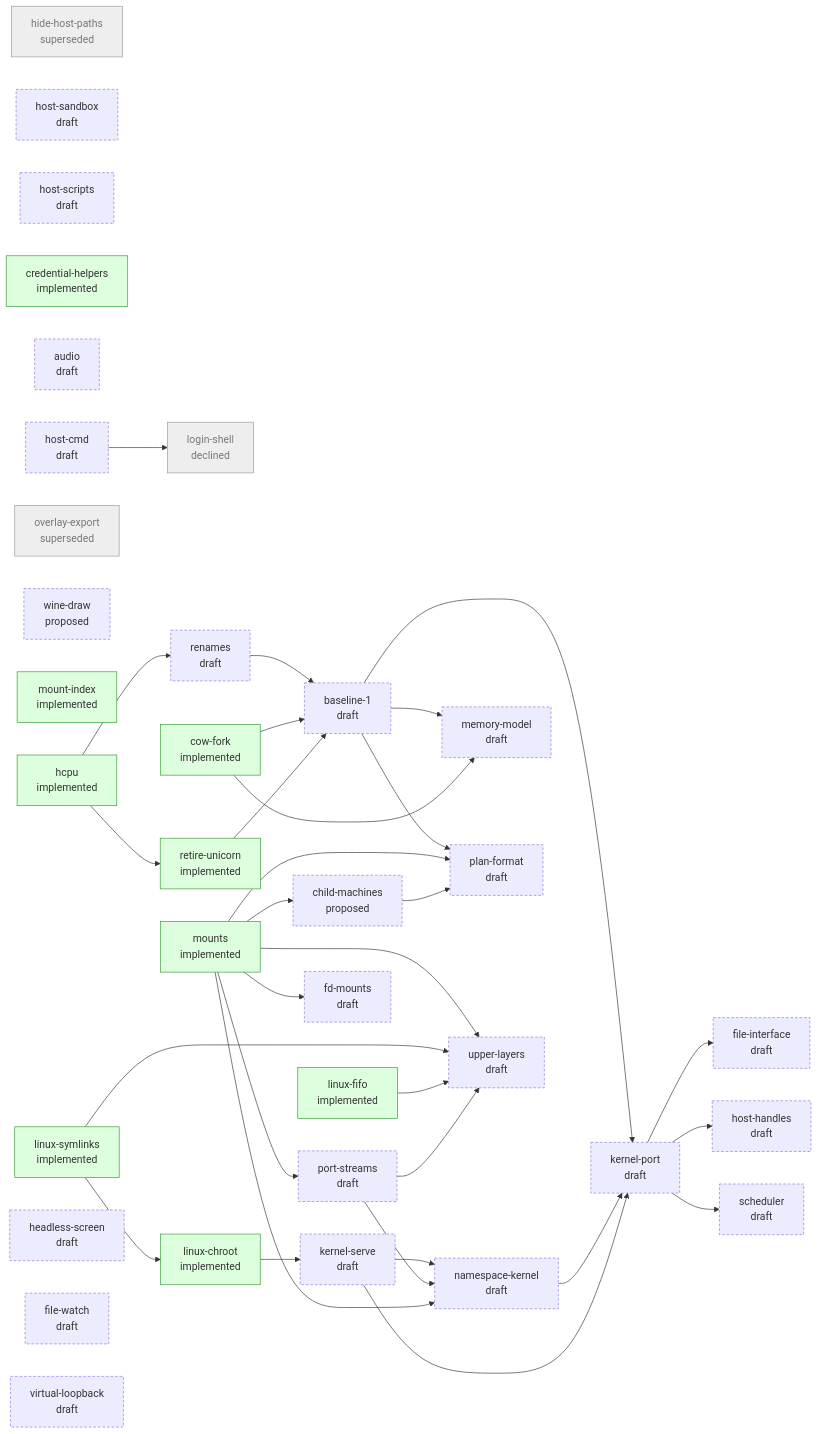
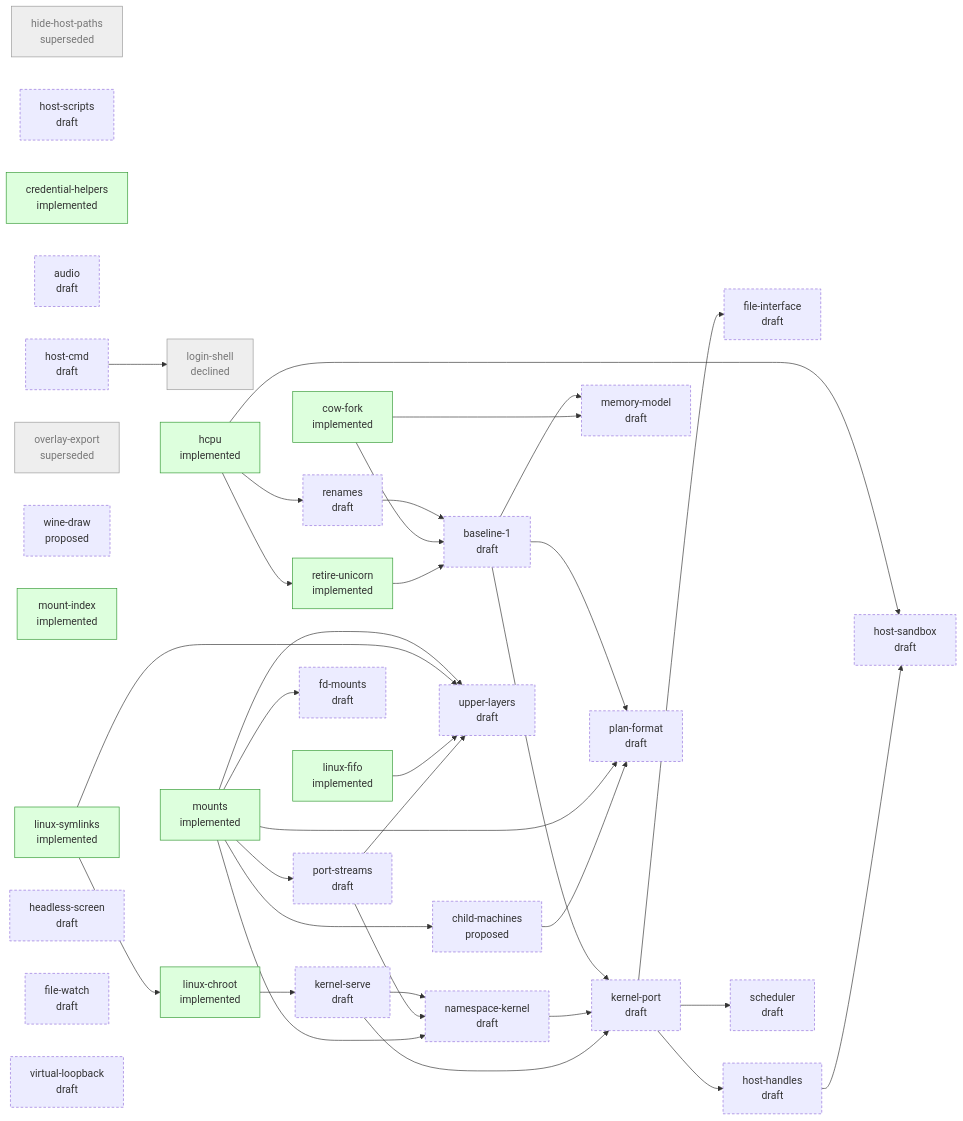
The diagram in design/STATUS.md (progrium/hyper9), drawn with Mermaid before and after one commit. The commit also changed other lines of this file, not shown here.

Commit message:
design: regenerate STATUS.md

````diff
--- a/design/STATUS.md
+++ b/design/STATUS.md
@@ -44,70 +44,72 @@
 ```mermaid
 flowchart LR
   classDef draft stroke-dasharray: 4 3
   classDef accepted stroke-width: 2px
   classDef implemented fill:#dfd,stroke:#393
   classDef closed fill:#eee,stroke:#999,color:#777
   p_hide_host_paths["hide-host-paths<br/>superseded"]:::closed
   p_host_sandbox["host-sandbox<br/>draft"]:::draft
   p_host_scripts["host-scripts<br/>draft"]:::draft
   p_credential_helpers["credential-helpers<br/>implemented"]:::implemented
   p_audio["audio<br/>draft"]:::draft
   p_host_cmd["host-cmd<br/>draft"]:::draft
   p_overlay_export["overlay-export<br/>superseded"]:::closed
   p_login_shell["login-shell<br/>declined"]:::closed
   p_child_machines["child-machines<br/>proposed"]:::draft
   p_cow_fork["cow-fork<br/>implemented"]:::implemented
   p_wine_draw["wine-draw<br/>proposed"]:::draft
   p_mount_index["mount-index<br/>implemented"]:::implemented
   p_hcpu["hcpu<br/>implemented"]:::implemented
   p_kernel_serve["kernel-serve<br/>draft"]:::draft
   p_namespace_kernel["namespace-kernel<br/>draft"]:::draft
   p_port_streams["port-streams<br/>draft"]:::draft
   p_linux_fifo["linux-fifo<br/>implemented"]:::implemented
   p_mounts["mounts<br/>implemented"]:::implemented
   p_baseline_1["baseline-1<br/>draft"]:::draft
   p_file_interface["file-interface<br/>draft"]:::draft
   p_host_handles["host-handles<br/>draft"]:::draft
   p_kernel_port["kernel-port<br/>draft"]:::draft
   p_linux_symlinks["linux-symlinks<br/>implemented"]:::implemented
   p_memory_model["memory-model<br/>draft"]:::draft
   p_plan_format["plan-format<br/>draft"]:::draft
   p_renames["renames<br/>draft"]:::draft
   p_retire_unicorn["retire-unicorn<br/>implemented"]:::implemented
   p_scheduler["scheduler<br/>draft"]:::draft
   p_fd_mounts["fd-mounts<br/>draft"]:::draft
   p_upper_layers["upper-layers<br/>draft"]:::draft
   p_headless_screen["headless-screen<br/>draft"]:::draft
   p_file_watch["file-watch<br/>draft"]:::draft
   p_linux_chroot["linux-chroot<br/>implemented"]:::implemented
   p_virtual_loopback["virtual-loopback<br/>draft"]:::draft
+  p_hcpu --> p_host_sandbox
+  p_host_handles --> p_host_sandbox
   p_host_cmd --> p_login_shell
   p_mounts --> p_child_machines
   p_linux_chroot --> p_kernel_serve
   p_kernel_serve --> p_namespace_kernel
   p_port_streams --> p_namespace_kernel
   p_mounts --> p_namespace_kernel
   p_mounts --> p_port_streams
   p_renames --> p_baseline_1
   p_cow_fork --> p_baseline_1
   p_retire_unicorn --> p_baseline_1
   p_kernel_port --> p_file_interface
   p_kernel_port --> p_host_handles
   p_baseline_1 --> p_kernel_port
   p_namespace_kernel --> p_kernel_port
   p_kernel_serve --> p_kernel_port
   p_baseline_1 --> p_memory_model
   p_cow_fork --> p_memory_model
   p_baseline_1 --> p_plan_format
   p_mounts --> p_plan_format
   p_child_machines --> p_plan_format
   p_hcpu --> p_renames
   p_hcpu --> p_retire_unicorn
   p_kernel_port --> p_scheduler
   p_mounts --> p_fd_mounts
   p_mounts --> p_upper_layers
   p_linux_symlinks --> p_upper_layers
   p_linux_fifo --> p_upper_layers
   p_port_streams --> p_upper_layers
   p_linux_symlinks --> p_linux_chroot
 ```
````
